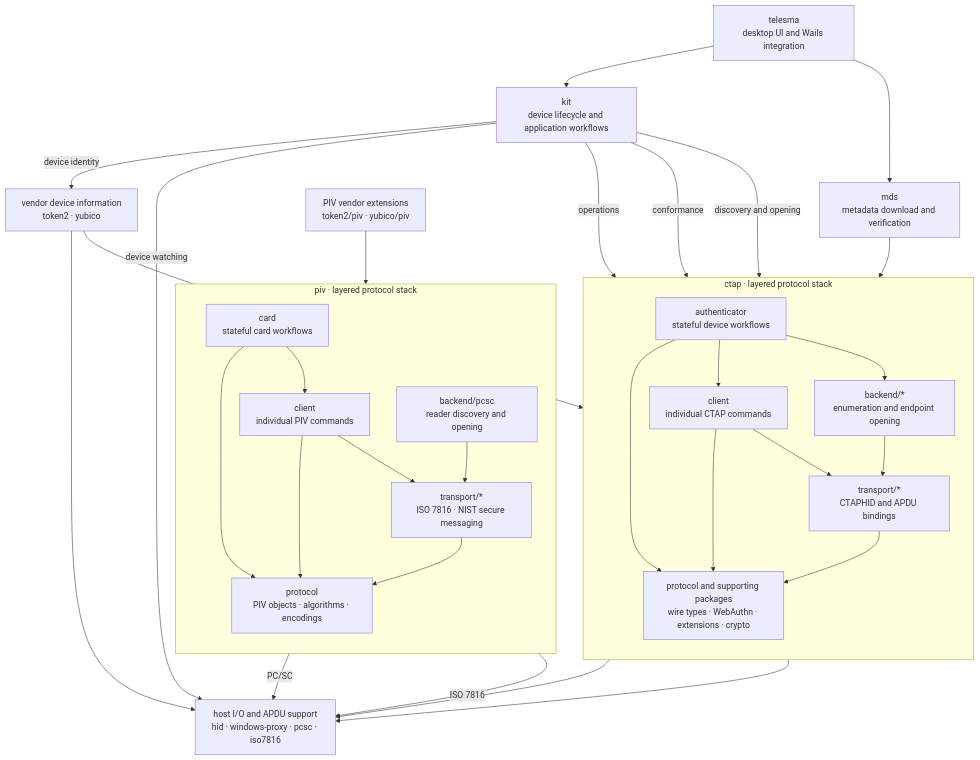
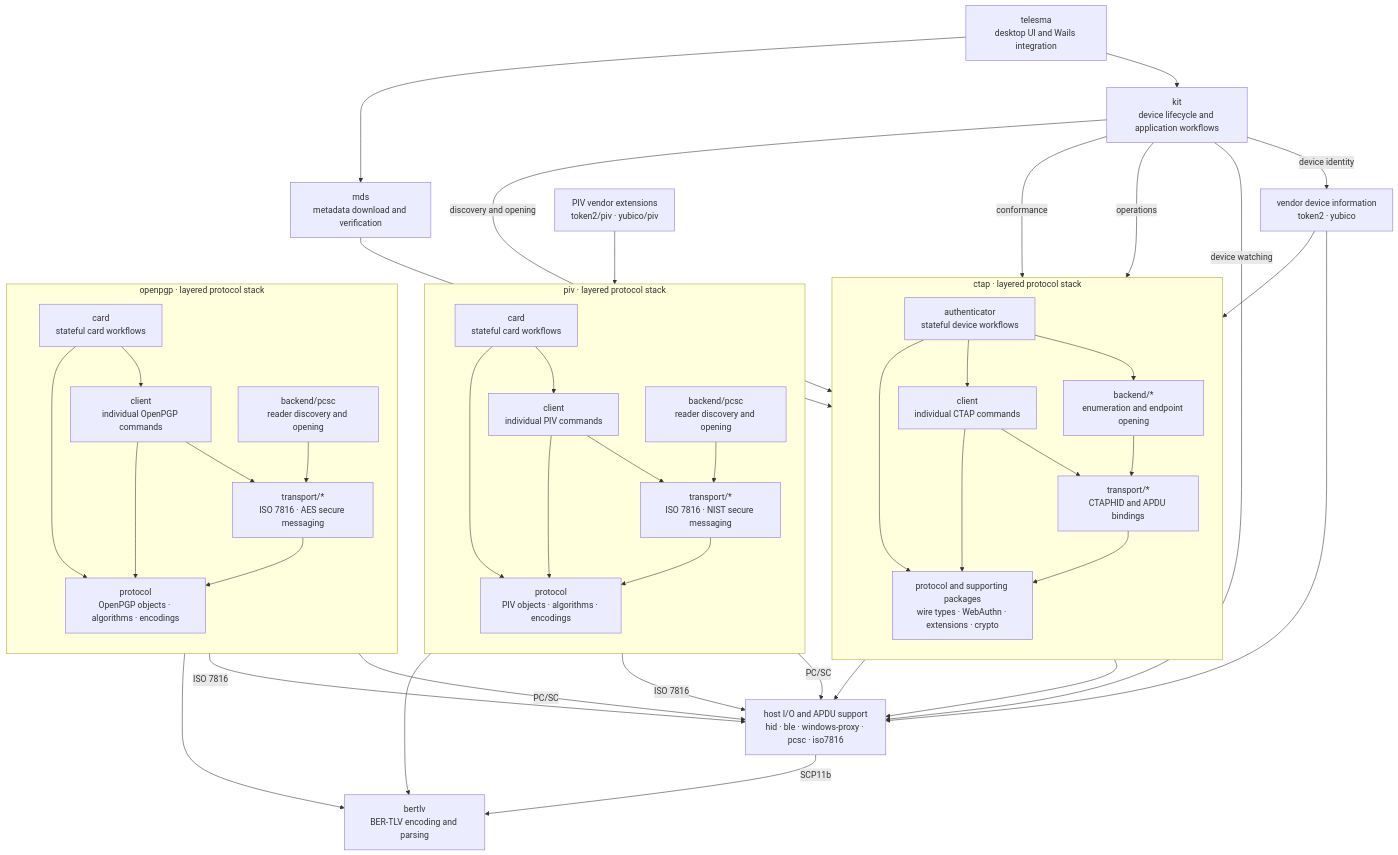
The diagram in profile/ARCHITECTURE.md (telesma-app/.github), drawn with Mermaid before and after one commit. The commit also changed other lines of this file and 1 other file, not shown here.

Commit message:
docs: refresh library catalog and architecture

````diff
--- a/profile/ARCHITECTURE.md
+++ b/profile/ARCHITECTURE.md
@@ -65,12 +67,36 @@
         pivTransports --> pivTypes
     end
 
+    subgraph openpgpStack["openpgp · layered protocol stack"]
+        direction TB
+
+        openpgpCard["`card
+stateful card workflows`"]
+        openpgpClient["`client
+individual OpenPGP commands`"]
+        openpgpBackends["`backend/pcsc
+reader discovery and opening`"]
+        openpgpTransports["`transport/*
+ISO 7816 · AES secure messaging`"]
+        openpgpTypes["`protocol
+OpenPGP objects · algorithms · encodings`"]
+
+        openpgpCard --> openpgpClient
+        openpgpClient --> openpgpTransports
+        openpgpBackends --> openpgpTransports
+        openpgpCard --> openpgpTypes
+        openpgpClient --> openpgpTypes
+        openpgpTransports --> openpgpTypes
+    end
+
+    bertlv["`bertlv
+BER-TLV encoding and parsing`"]
     integrations["`vendor device information
 token2 · yubico`"]
     pivExtensions["`PIV vendor extensions
 token2/piv · yubico/piv`"]
     hostIO["`host I/O and APDU support
-hid · windows-proxy · pcsc · iso7816`"]
+hid · ble · windows-proxy · pcsc · iso7816`"]
 
     telesma --> kit
     telesma --> mds
@@ -85,6 +111,11 @@
     pivExtensions --> pivCard
     pivBackends -->|PC/SC| hostIO
     pivTransports -->|ISO 7816| hostIO
+    openpgpBackends -->|PC/SC| hostIO
+    openpgpTransports -->|ISO 7816| hostIO
+    openpgpTypes --> bertlv
+    pivTypes --> bertlv
+    hostIO -->|SCP11b| bertlv
     backends --> hostIO
     transports --> hostIO
 ```
````
